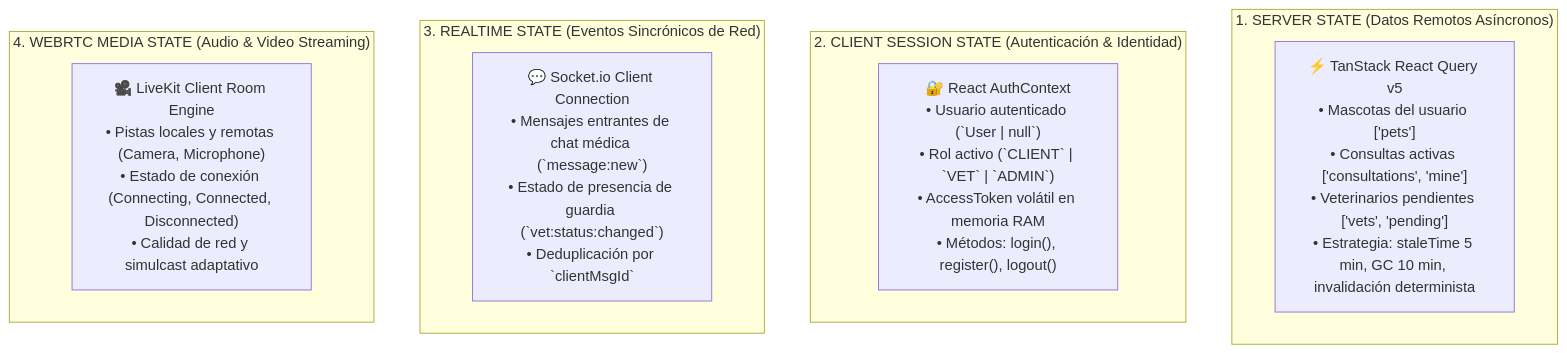
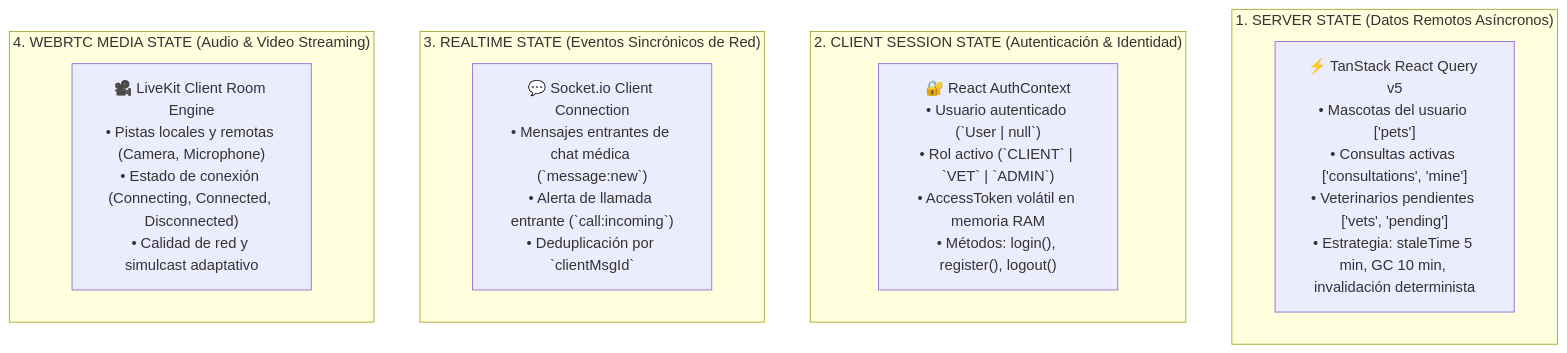
The third of 5 diagrams in docs/FRONTEND_ARCHITECTURE.md (grupo-pinnacle/VetConnect), drawn with Mermaid before and after one commit. The commit also changed other lines of this file and 5 other files, not shown here.

````diff
--- a/docs/FRONTEND_ARCHITECTURE.md
+++ b/docs/FRONTEND_ARCHITECTURE.md
@@ -153,18 +153,18 @@
 ```mermaid
 flowchart TD
     subgraph Layer1["1. SERVER STATE (Datos Remotos Asíncronos)"]
         TQ["⚡ TanStack React Query v5<br/>• Mascotas del usuario ['pets']<br/>• Consultas activas ['consultations', 'mine']<br/>• Veterinarios pendientes ['vets', 'pending']<br/>• Estrategia: staleTime 5 min, GC 10 min, invalidación determinista"]
     end
 
     subgraph Layer2["2. CLIENT SESSION STATE (Autenticación & Identidad)"]
         AC["🔐 React AuthContext<br/>• Usuario autenticado (`User | null`)<br/>• Rol activo (`CLIENT` | `VET` | `ADMIN`)<br/>• AccessToken volátil en memoria RAM<br/>• Métodos: login(), register(), logout()"]
     end
 
     subgraph Layer3["3. REALTIME STATE (Eventos Sincrónicos de Red)"]
-        SC["💬 Socket.io Client Connection<br/>• Mensajes entrantes de chat médica (`message:new`)<br/>• Estado de presencia de guardia (`vet:status:changed`)<br/>• Deduplicación por `clientMsgId`"]
+        SC["💬 Socket.io Client Connection<br/>• Mensajes entrantes de chat médica (`message:new`)<br/>• Alerta de llamada entrante (`call:incoming`)<br/>• Deduplicación por `clientMsgId`"]
     end
 
     subgraph Layer4["4. WEBRTC MEDIA STATE (Audio & Video Streaming)"]
         LK["🎥 LiveKit Client Room Engine<br/>• Pistas locales y remotas (Camera, Microphone)<br/>• Estado de conexión (Connecting, Connected, Disconnected)<br/>• Calidad de red y simulcast adaptativo"]
     end
 ```
````
